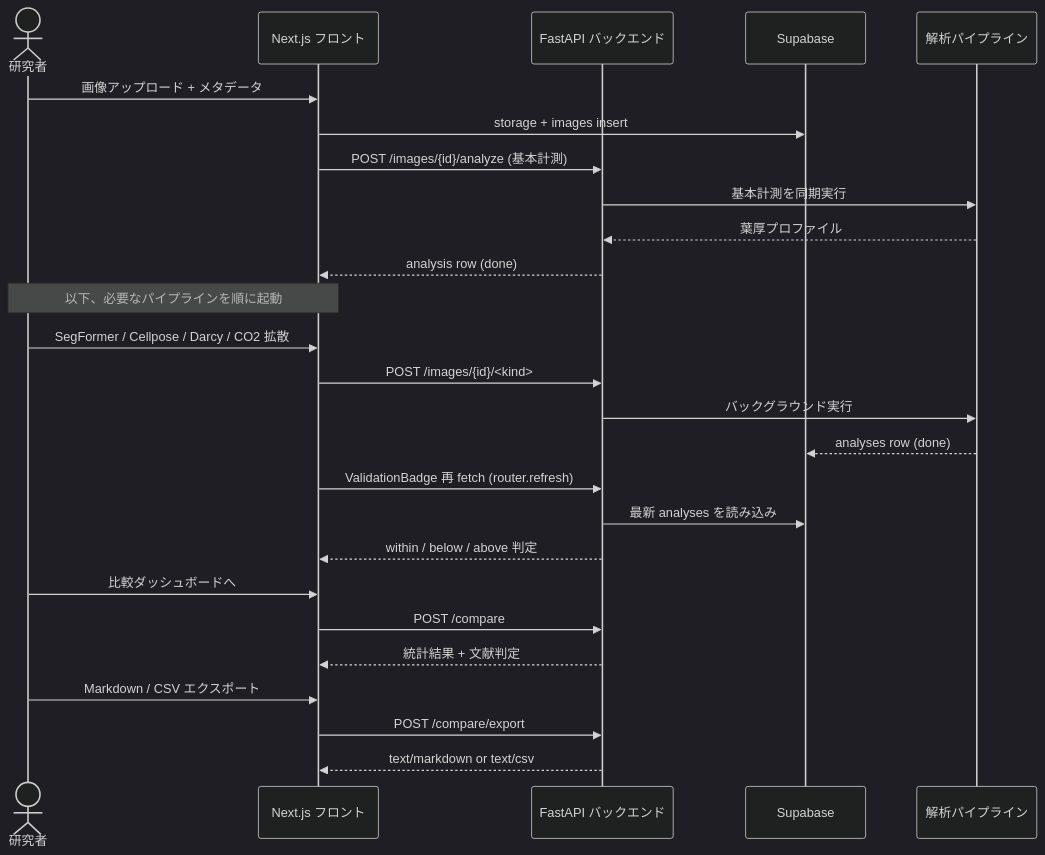
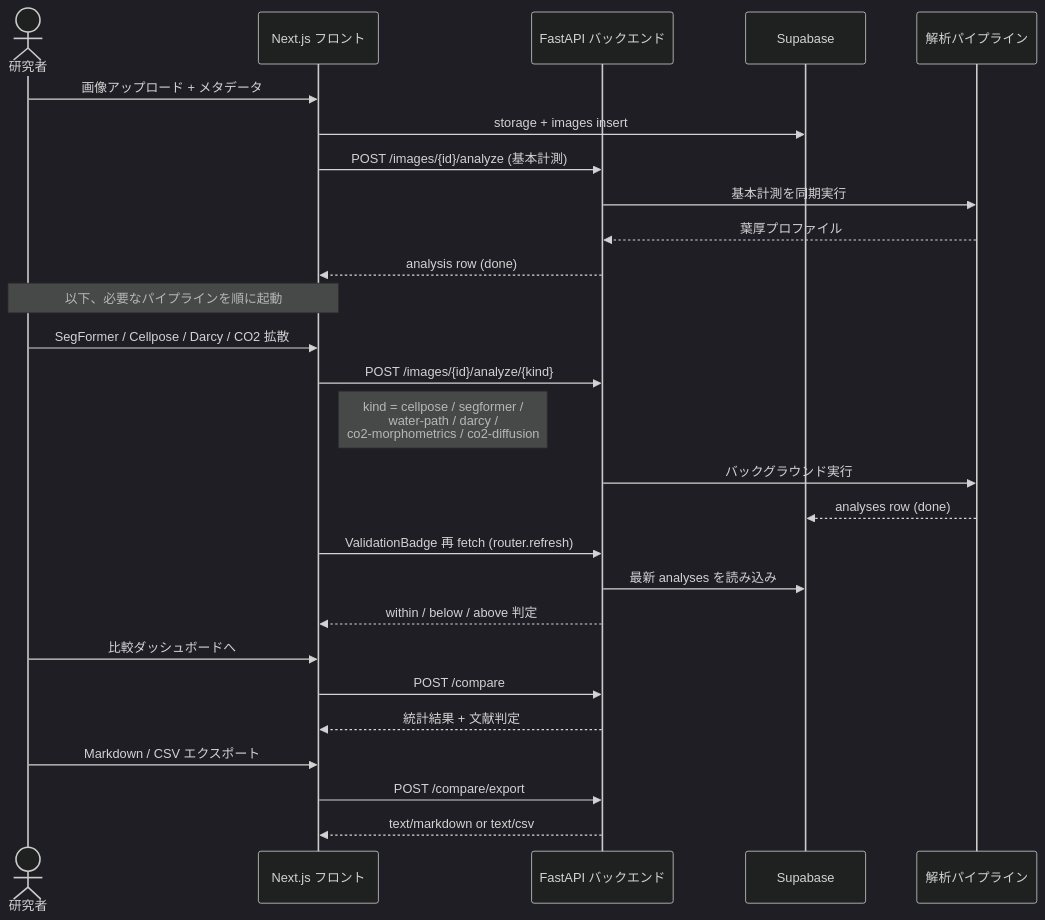
One commit to koyonx/tools_for_plants_research changed the diagram in frontend/content/docs/workflow.md. Above: the diagram before and after it, drawn with Mermaid (dark theme). The commit also changed 17 other files, not shown here.

First line of the commit message:
feat(theory+docs): co2_diffusion を Michaelis-Menten Farquhar 化、Darcy に密度乗算、ドキュメントを実装と整合

````diff
--- a/frontend/content/docs/workflow.md
+++ b/frontend/content/docs/workflow.md
@@ -11,29 +11,30 @@
 ```mermaid
 sequenceDiagram
     actor U as 研究者
     participant FE as Next.js フロント
     participant BE as FastAPI バックエンド
     participant SB as Supabase
     participant PIPE as 解析パイプライン
 
     U->>FE: 画像アップロード + メタデータ
     FE->>SB: storage + images insert
     FE->>BE: POST /images/{id}/analyze (基本計測)
     BE->>PIPE: 基本計測を同期実行
     PIPE-->>BE: 葉厚プロファイル
     BE-->>FE: analysis row (done)
     note over U,FE: 以下、必要なパイプラインを順に起動
     U->>FE: SegFormer / Cellpose / Darcy / CO2 拡散
-    FE->>BE: POST /images/{id}/<kind>
+    FE->>BE: POST /images/{id}/analyze/{kind}
+    note right of FE: kind = cellpose / segformer /<br/>water-path / darcy /<br/>co2-morphometrics / co2-diffusion
     BE->>PIPE: バックグラウンド実行
     PIPE-->>SB: analyses row (done)
     FE->>BE: ValidationBadge 再 fetch (router.refresh)
     BE->>SB: 最新 analyses を読み込み
     BE-->>FE: within / below / above 判定
     U->>FE: 比較ダッシュボードへ
     FE->>BE: POST /compare
     BE-->>FE: 統計結果 + 文献判定
     U->>FE: Markdown / CSV エクスポート
     FE->>BE: POST /compare/export
     BE-->>FE: text/markdown or text/csv
 ```
````
